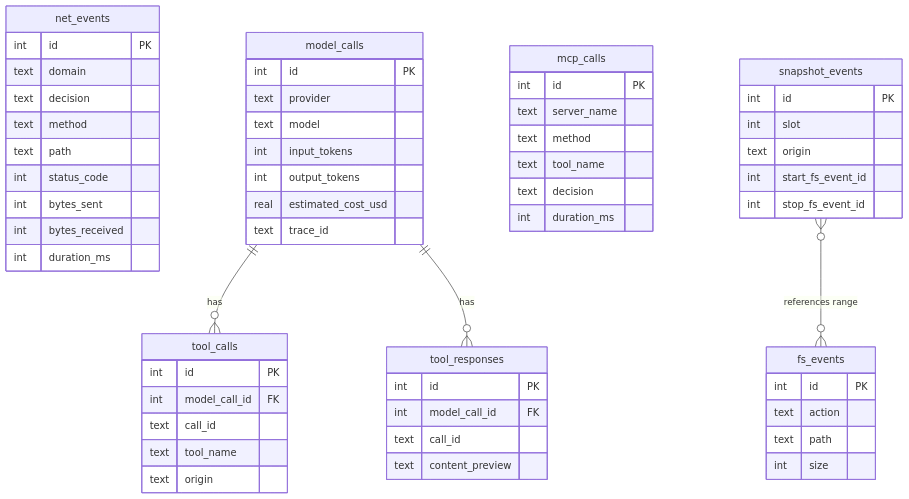
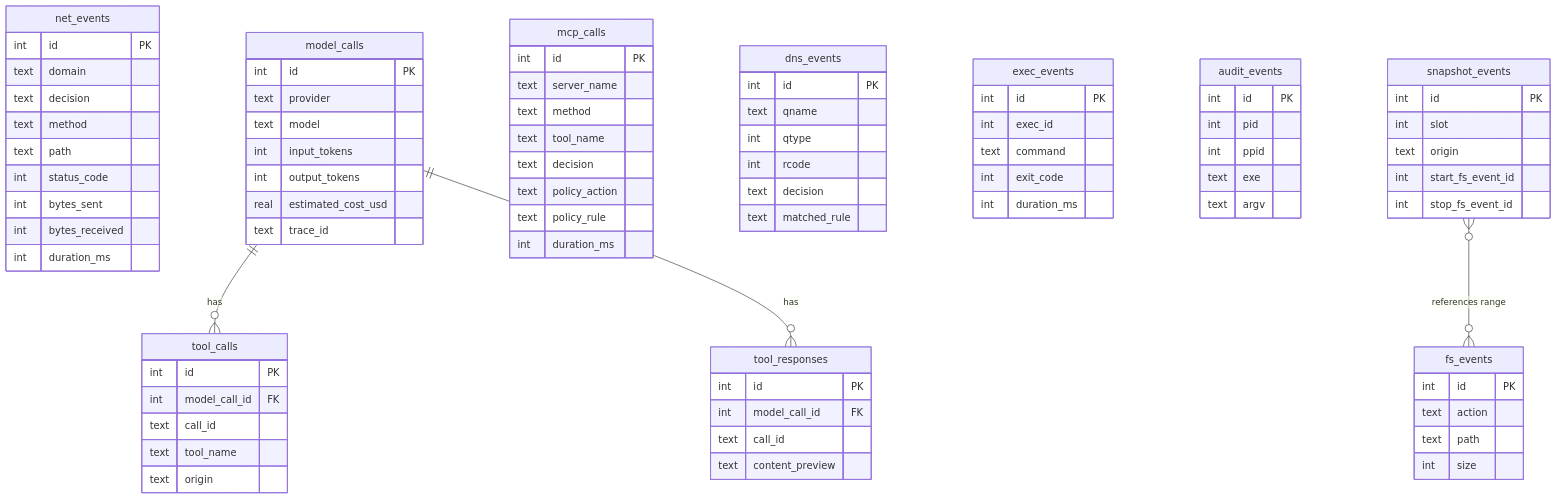
The first of 3 diagrams in docs/src/content/docs/architecture/session-telemetry.md (google/capsem), drawn with Mermaid before and after one commit. The commit also changed other lines of this file and 552 other files, not shown here.

```diff
--- a/docs/src/content/docs/architecture/session-telemetry.md
+++ b/docs/src/content/docs/architecture/session-telemetry.md
@@ -50,7 +50,31 @@
         text method
         text tool_name
         text decision
+        text policy_action
+        text policy_rule
         int duration_ms
+    }
+    dns_events {
+        int id PK
+        text qname
+        int qtype
+        int rcode
+        text decision
+        text matched_rule
+    }
+    exec_events {
+        int id PK
+        int exec_id
+        text command
+        int exit_code
+        int duration_ms
+    }
+    audit_events {
+        int id PK
+        int pid
+        int ppid
+        text exe
+        text argv
     }
     fs_events {
         int id PK
```
